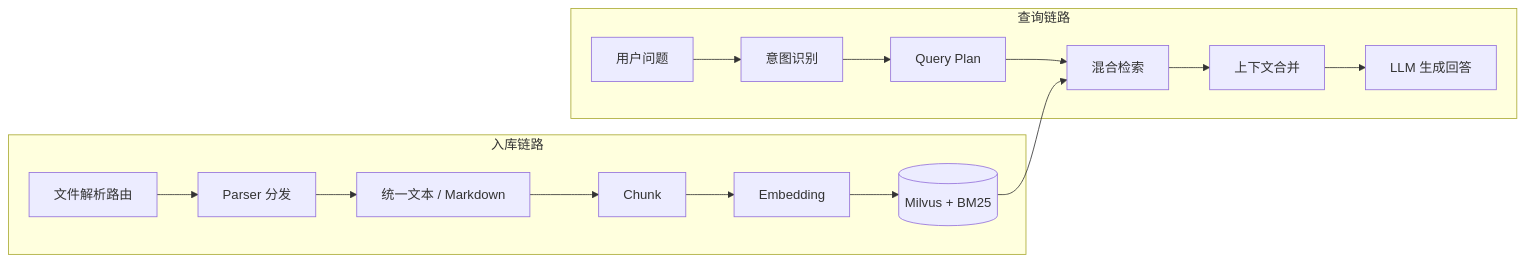
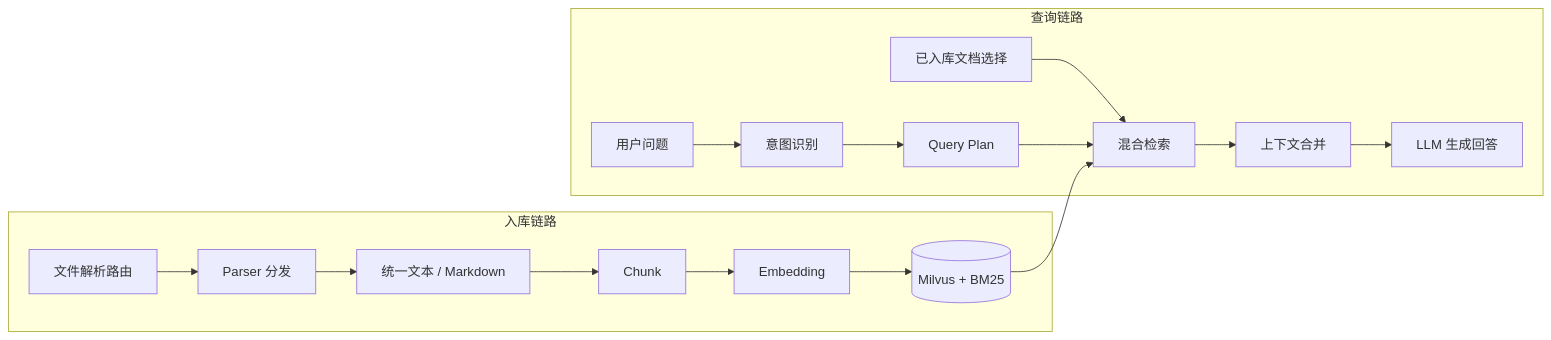
Before and after one commit to szlx23/fabagent-rag: the first of 11 diagrams in README.md, drawn with Mermaid. The commit also changed other lines of this file, not shown here.

Commit message:
Document source-scoped querying flow

````diff
--- a/README.md
+++ b/README.md
@@ -106,20 +106,21 @@
 ```mermaid
 flowchart LR
     subgraph Ingest[入库链路]
         A[文件解析路由] --> B[Parser 分发]
         B --> C[统一文本 / Markdown]
         C --> D[Chunk]
         D --> E[Embedding]
         E --> F[(Milvus + BM25)]
     end
 
     subgraph Query[查询链路]
         Q[用户问题] --> I[意图识别]
+        S[已入库文档选择] --> R
         I --> P[Query Plan]
         P --> R[混合检索]
         R --> M[上下文合并]
         M --> L[LLM 生成回答]
     end
 
     F --> R
 ```
````
